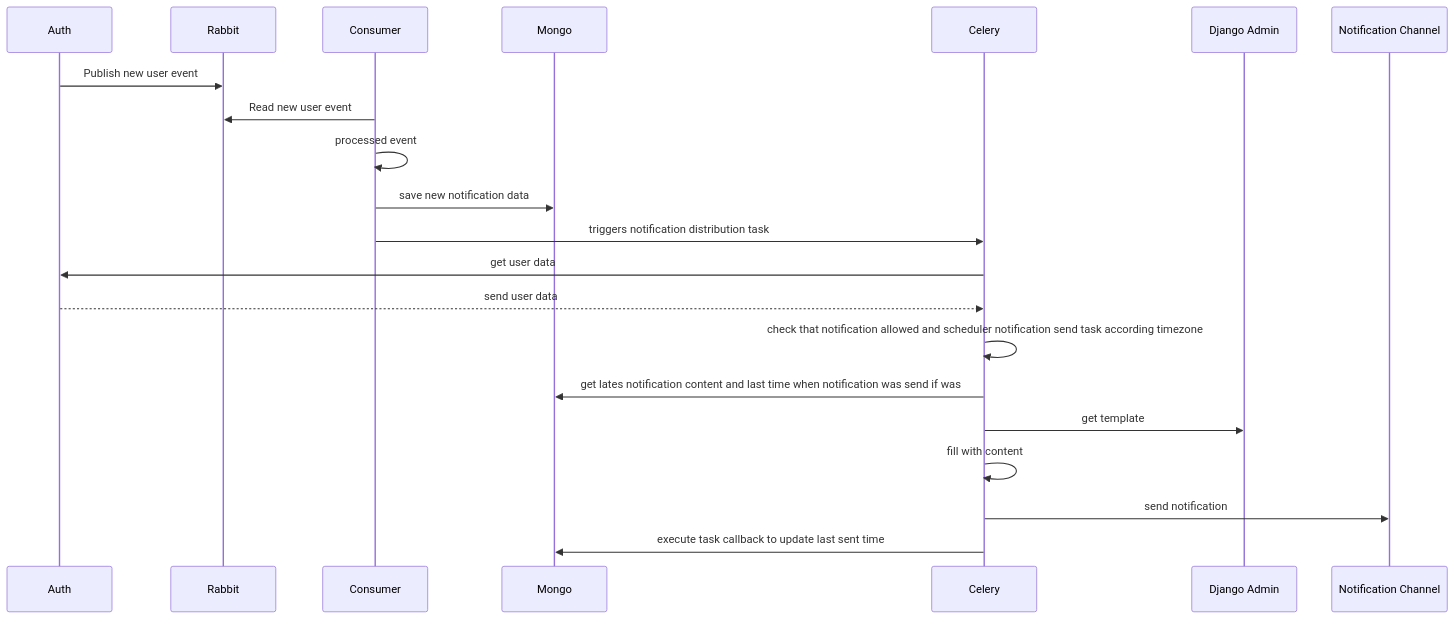
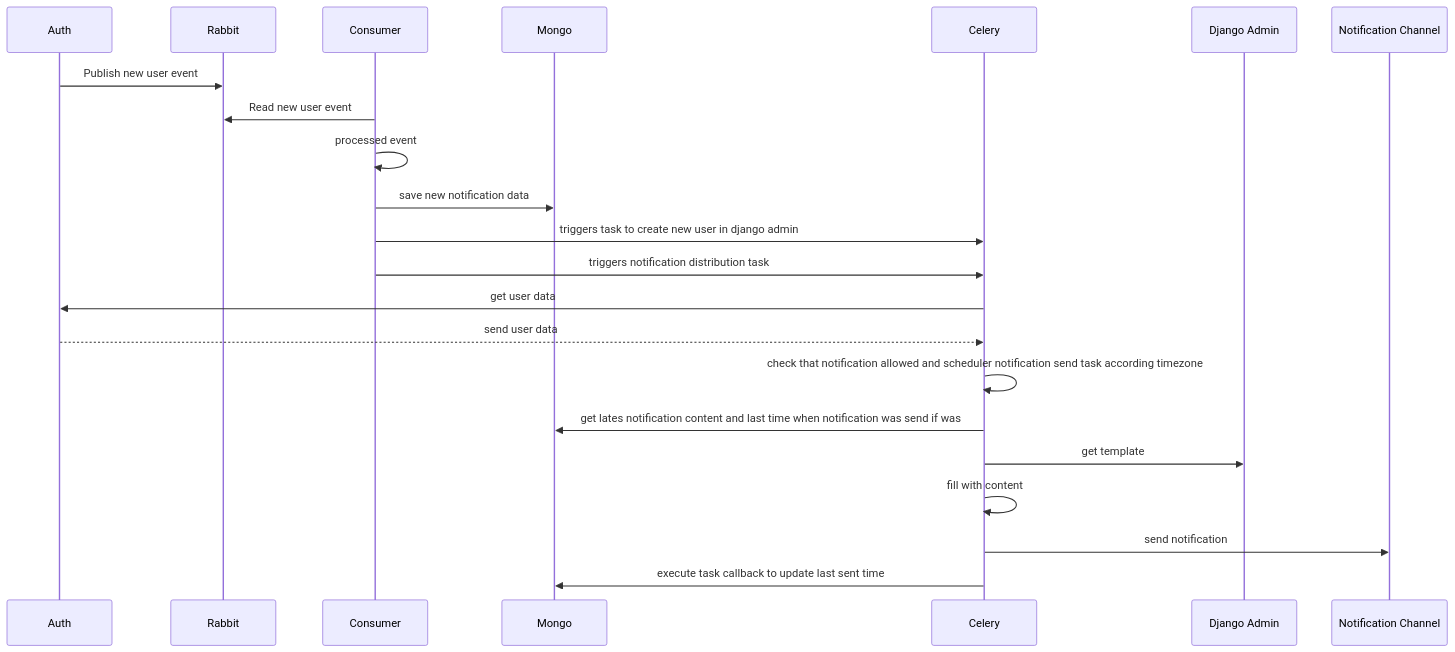
Before and after one commit to veselij/yandex_notification_sprint10: the second of 2 diagrams in Docs/architecture/to_be.md, drawn with Mermaid. The commit also changed 1 other file, not shown here.

````diff
--- a/Docs/architecture/to_be.md
+++ b/Docs/architecture/to_be.md
@@ -75,24 +75,25 @@
 ``` mermaid
 sequenceDiagram
 participant A as Auth
 participant R as Rabbit
 participant C as Consumer
 participant M as Mongo
 participant Ce as Celery
 participant Ad as Django Admin
 participant Ch as Notification Channel
 
 A->>R: Publish new user event
 C->>R: Read new user event
 C->>C: processed event
 C->>M: save new notification data
+C->>Ce: triggers task to create new user in django admin
 C->>Ce: triggers notification distribution task
 Ce->>A: get user data
 A-->>Ce: send user data
 Ce->>Ce: check that notification allowed and scheduler notification send task according timezone
 Ce->>M: get lates notification content and last time when notification was send if was
 Ce->>Ad: get template 
 Ce->>Ce:fill with content
 Ce->>Ch: send notification
 Ce->>M: execute task callback to update last sent time
 ```
````
